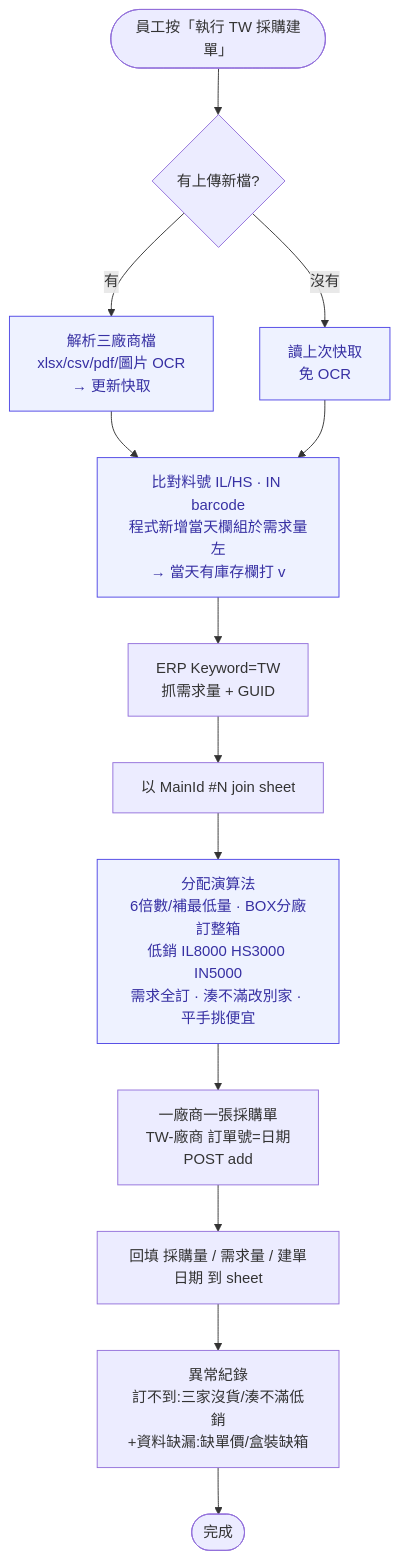
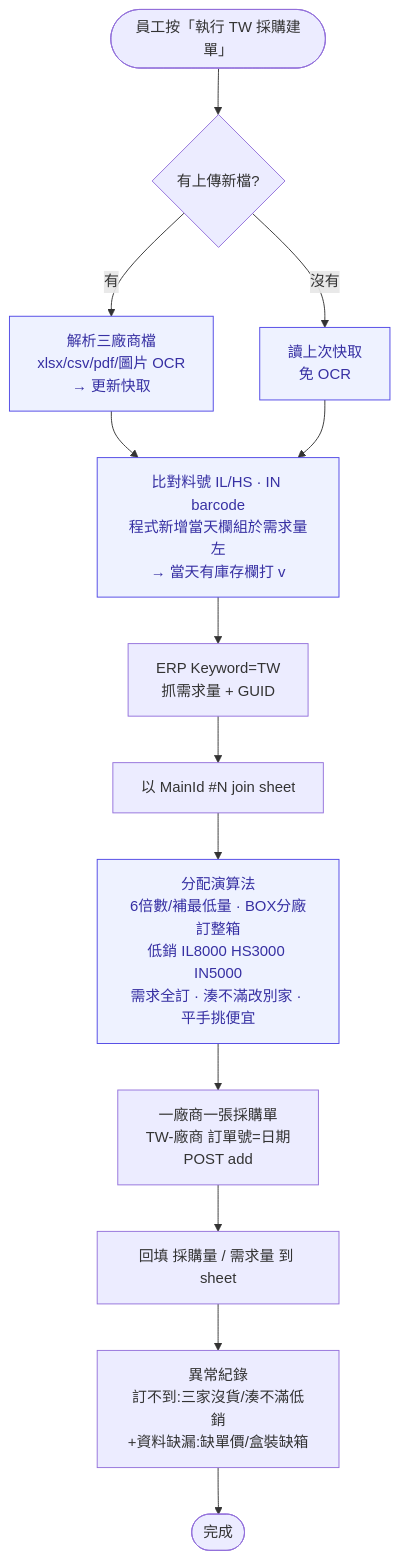
One commit to mamiclores-cloud/Justin-ERP-purchase changed the fifth of 6 diagrams in README.md. Above: the diagram before and after it, drawn with Mermaid. The commit also changed other lines of this file and 4 other files, not shown here.

````diff
--- a/README.md
+++ b/README.md
@@ -340,18 +340,18 @@
 ```mermaid
 flowchart TD
     Start([員工按「執行 TW 採購建單」]) --> Up{有上傳新檔?}
     Up -->|有| Parse[解析三廠商檔<br/>xlsx/csv/pdf/圖片 OCR<br/>→ 更新快取]
     Up -->|沒有| Cache[讀上次快取<br/>免 OCR]
     Parse --> WriteV[比對料號 IL/HS · IN barcode<br/>程式新增當天欄組於需求量左<br/>→ 當天有庫存欄打 v]
     Cache --> WriteV
     WriteV --> Demand[ERP Keyword=TW<br/>抓需求量 + GUID]
     Demand --> Join[以 MainId #N join sheet]
     Join --> Alloc[分配演算法<br/>6倍數/補最低量 · BOX分廠訂整箱<br/>低銷 IL8000 HS3000 IN5000<br/>需求全訂 · 湊不滿改別家 · 平手挑便宜]
     Alloc --> PO[一廠商一張採購單<br/>TW-廠商 訂單號=日期<br/>POST add]
-    PO --> Back[回填 採購量 / 需求量 / 建單日期 到 sheet]
+    PO --> Back[回填 採購量 / 需求量 到 sheet]
     Back --> Anom[異常紀錄<br/>訂不到:三家沒貨/湊不滿低銷<br/>+資料缺漏:缺單價/盒裝缺箱]
     Anom --> End([完成])
 
     classDef a fill:#eef2ff,stroke:#4f46e5,color:#3730a3
     class Parse,Cache,WriteV,Alloc a
 ```
````
